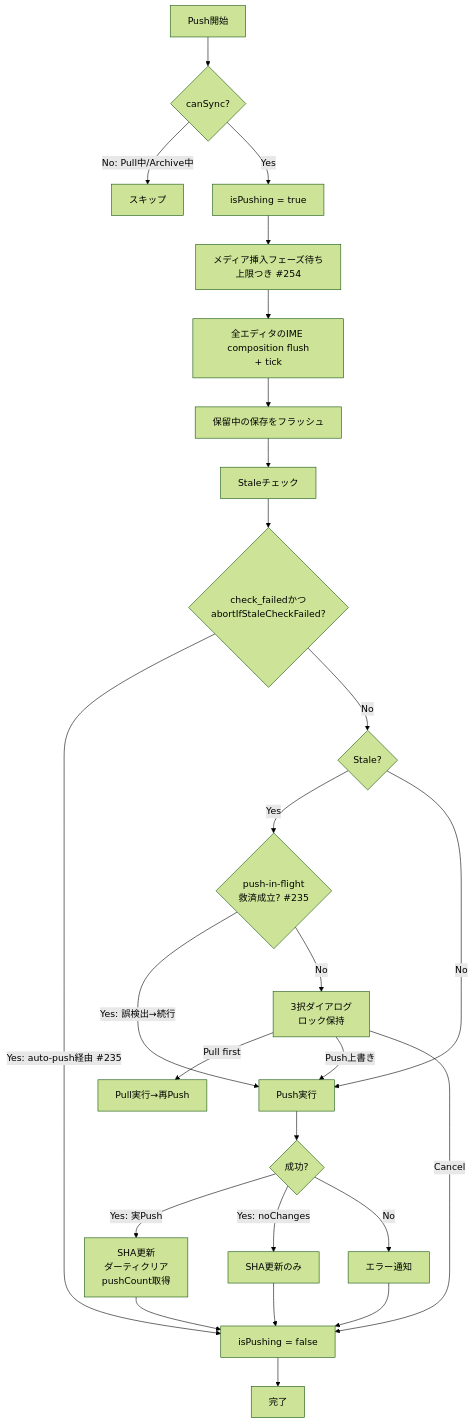
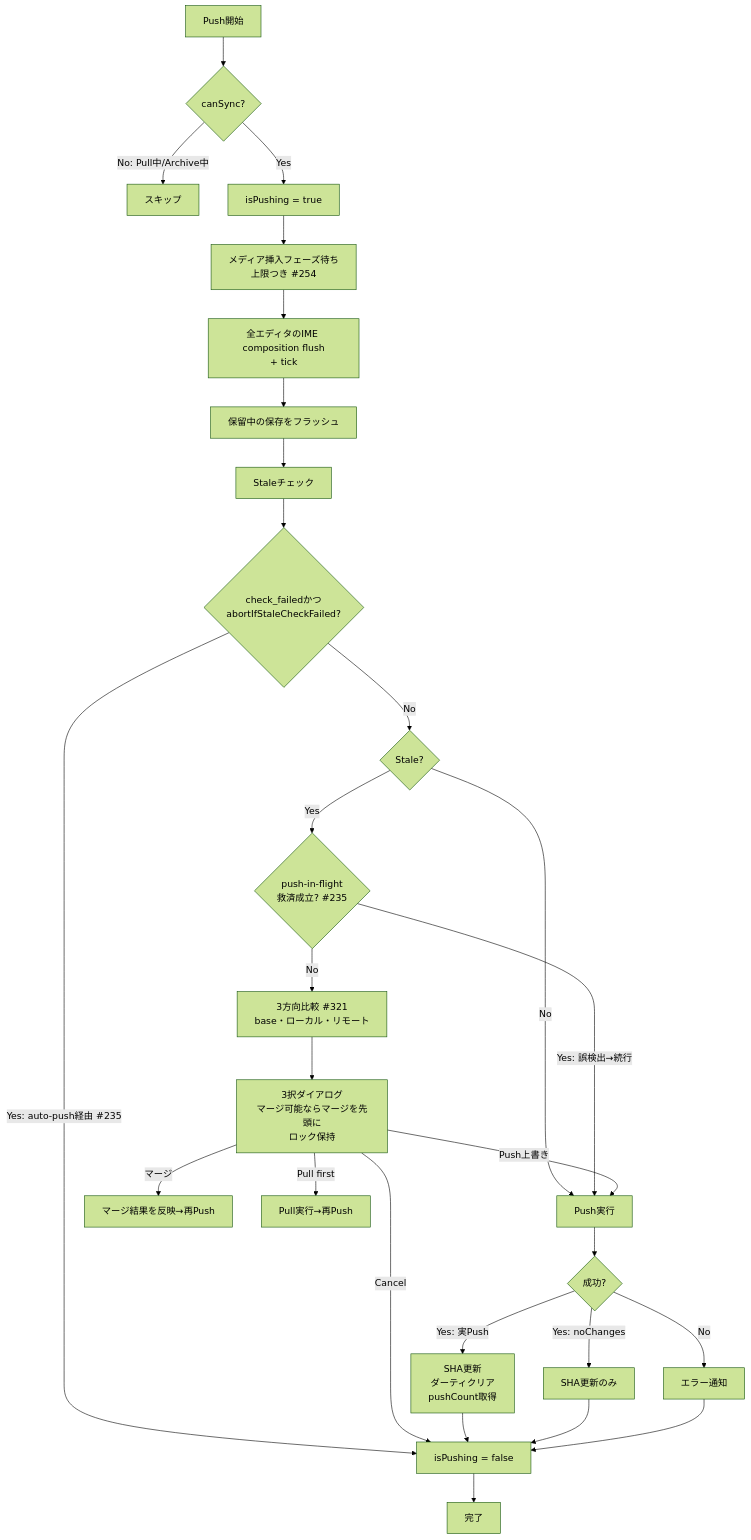
The first of 6 diagrams in docs/development/sync/push-pull.md (kako-jun/agasteer), drawn with Mermaid (forest theme) before and after one commit. The commit also changed other lines of this file and 42 other files, not shown here.

````diff
--- a/docs/development/sync/push-pull.md
+++ b/docs/development/sync/push-pull.md
@@ -102,28 +103,30 @@
 ```mermaid
 flowchart TD
     Start[Push開始] --> Check1{canSync?}
     Check1 -->|No: Pull中/Archive中| End1[スキップ]
     Check1 -->|Yes| Lock[isPushing = true]
     Lock --> MediaWait[メディア挿入フェーズ待ち<br/>上限つき #254]
     MediaWait --> FlushIME[全エディタのIME composition flush<br/>+ tick]
     FlushIME --> Flush[保留中の保存をフラッシュ]
     Flush --> Stale[Staleチェック]
     Stale --> CheckFail{check_failedかつ<br/>abortIfStaleCheckFailed?}
     CheckFail -->|Yes: auto-push経由 #235| Unlock
     CheckFail -->|No| Check2{Stale?}
     Check2 -->|Yes| Rescue{push-in-flight<br/>救済成立? #235}
     Check2 -->|No| Push
     Rescue -->|Yes: 誤検出→続行| Push
-    Rescue -->|No| Confirm[3択ダイアログ<br/>ロック保持]
+    Rescue -->|No| Analyze[3方向比較 #321<br/>base・ローカル・リモート]
+    Analyze --> Confirm[3択ダイアログ<br/>マージ可能ならマージを先頭に<br/>ロック保持]
+    Confirm -->|マージ| MergeApply[マージ結果を反映→再Push]
     Confirm -->|Pull first| PullFirst[Pull実行→再Push]
     Confirm -->|Push上書き| Push[Push実行]
     Confirm -->|Cancel| Unlock
     Push --> Success{成功?}
     Success -->|Yes: 実Push| Clear[SHA更新<br/>ダーティクリア<br/>pushCount取得]
     Success -->|Yes: noChanges| ShaOnly[SHA更新のみ]
     Success -->|No| Notify[エラー通知]
     Clear --> Unlock[isPushing = false]
     ShaOnly --> Unlock
     Notify --> Unlock
     Unlock --> End2[完了]
 ```
````
